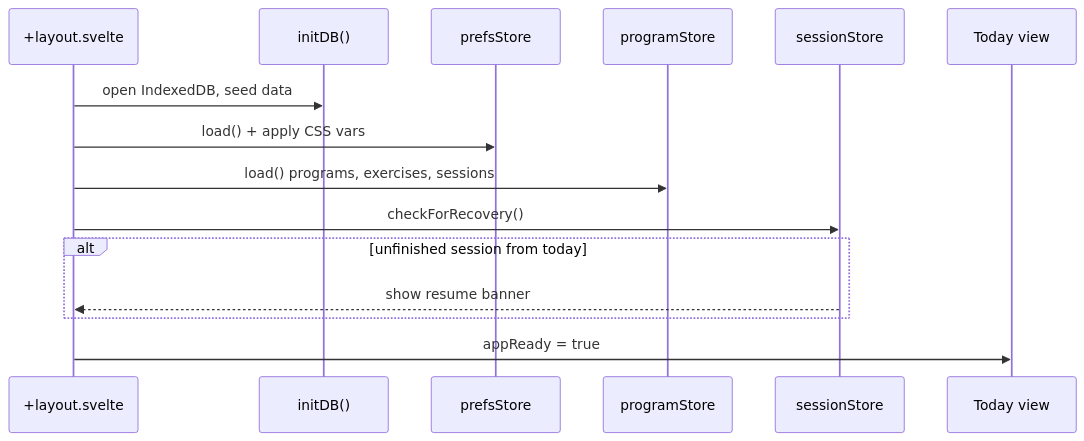
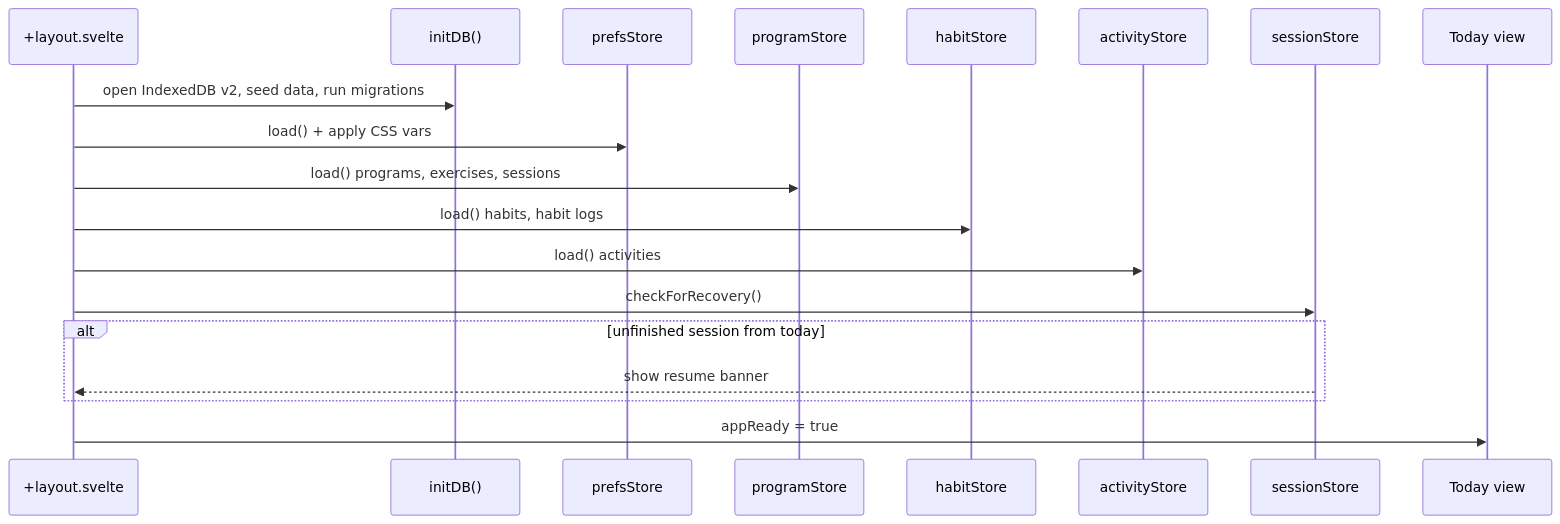
One commit to jermbo/CosmicWorkOut changed the third of 6 diagrams in docs/architecture/overview.md. Above: the diagram before and after it, drawn with Mermaid. The commit also changed other lines of this file and 97 other files, not shown here.

````diff
--- a/docs/architecture/overview.md
+++ b/docs/architecture/overview.md
@@ -73,18 +73,22 @@
 ```mermaid
 sequenceDiagram
     participant Layout as +layout.svelte
     participant DB as initDB()
     participant Prefs as prefsStore
     participant Prog as programStore
+    participant Hab as habitStore
+    participant Act as activityStore
     participant Sess as sessionStore
     participant UI as Today view
 
-    Layout->>DB: open IndexedDB, seed data
+    Layout->>DB: open IndexedDB v2, seed data, run migrations
     Layout->>Prefs: load() + apply CSS vars
     Layout->>Prog: load() programs, exercises, sessions
+    Layout->>Hab: load() habits, habit logs
+    Layout->>Act: load() activities
     Layout->>Sess: checkForRecovery()
     alt unfinished session from today
         Sess-->>Layout: show resume banner
     end
     Layout->>UI: appReady = true
 ```
````
